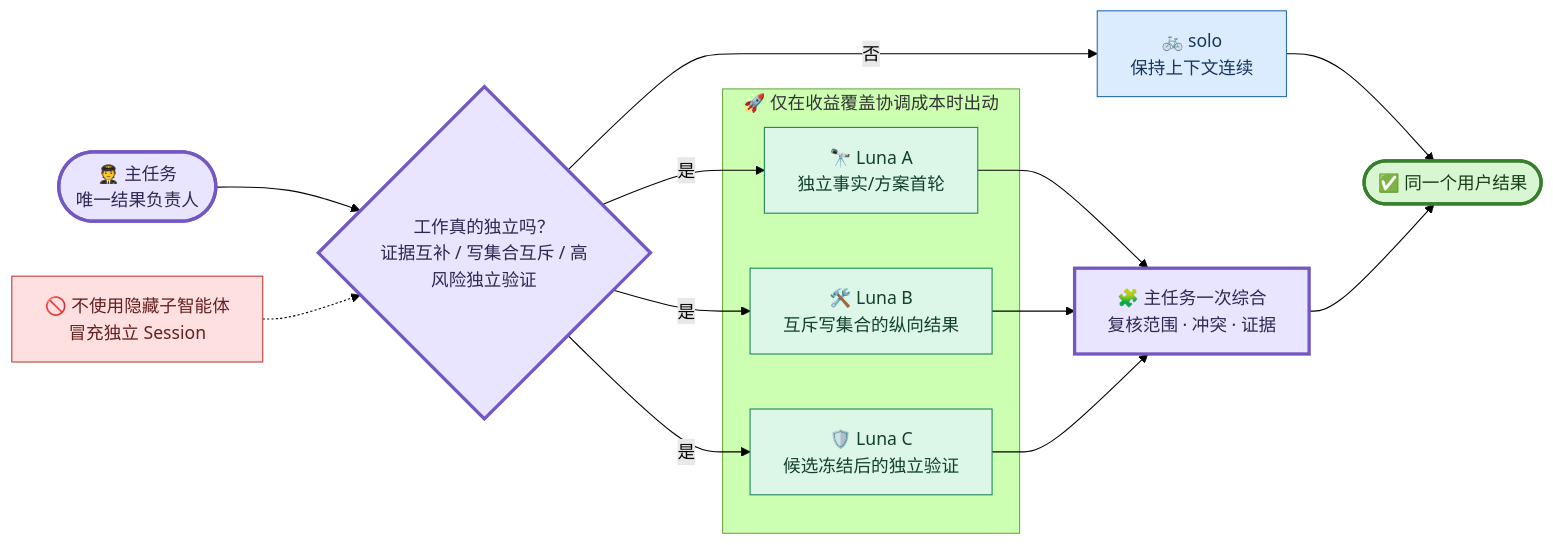
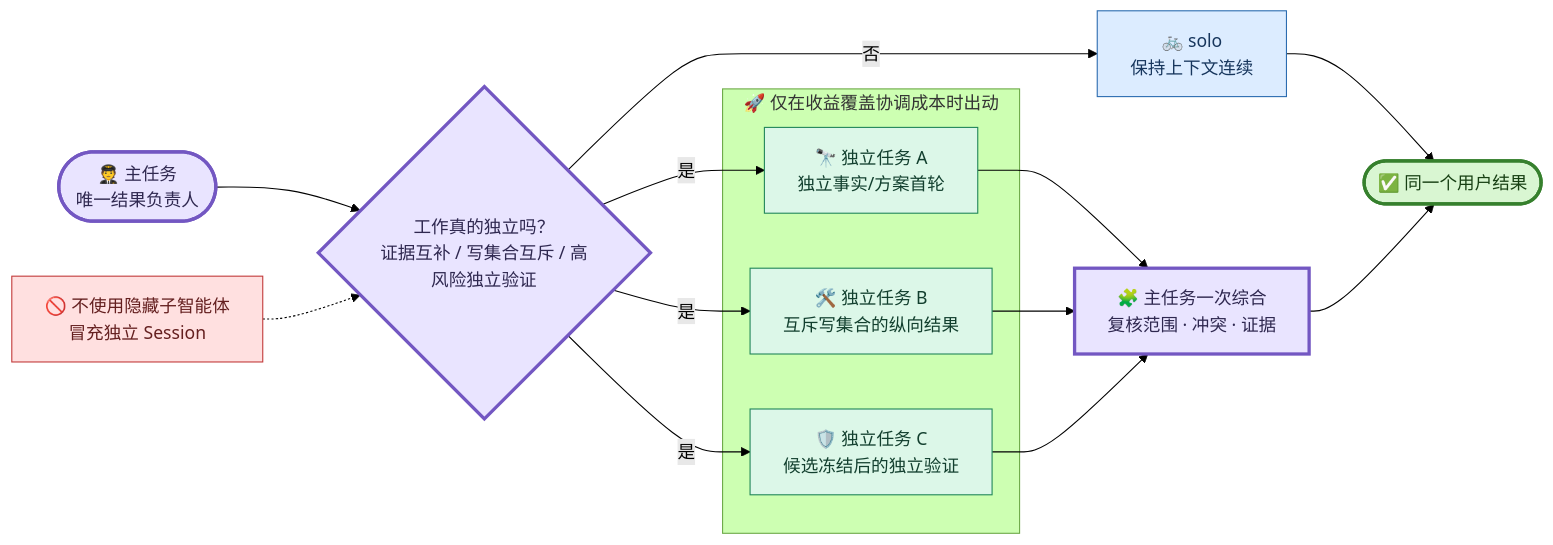
One commit to kldancer/team-os changed the sixth of 8 diagrams in docs/使用手册/01-Codex-Team-OS日常工作流使用手册.md. Above: the diagram before and after it, drawn with Mermaid (forest theme). The commit also changed other lines of this file and 37 other files, not shown here.

````diff
--- a/docs/使用手册/01-Codex-Team-OS日常工作流使用手册.md
+++ b/docs/使用手册/01-Codex-Team-OS日常工作流使用手册.md
@@ -253,38 +253,38 @@
 ```mermaid
 flowchart LR
     CAP(["🧑‍✈️ 主任务<br/>唯一结果负责人"])
     DEC{"工作真的独立吗？<br/>证据互补 / 写集合互斥 / 高风险独立验证"}
     SOLO["🚲 solo<br/>保持上下文连续"]
 
     subgraph FLEET["🚀 仅在收益覆盖协调成本时出动"]
-        L1["🔭 Luna A<br/>独立事实/方案首轮"]
-        L2["🛠️ Luna B<br/>互斥写集合的纵向结果"]
-        L3["🛡️ Luna C<br/>候选冻结后的独立验证"]
+        L1["🔭 独立任务 A<br/>独立事实/方案首轮"]
+        L2["🛠️ 独立任务 B<br/>互斥写集合的纵向结果"]
+        L3["🛡️ 独立任务 C<br/>候选冻结后的独立验证"]
     end
 
     MERGE["🧩 主任务一次综合<br/>复核范围 · 冲突 · 证据"]
     RESULT(["✅ 同一个用户结果"])
     NO["🚫 不使用隐藏子智能体<br/>冒充独立 Session"]
 
     CAP --> DEC
     DEC -->|"否"| SOLO --> RESULT
     DEC -->|"是"| L1
     DEC -->|"是"| L2
     DEC -->|"是"| L3
     L1 --> MERGE
     L2 --> MERGE
     L3 --> MERGE
     MERGE --> RESULT
     NO -.-> DEC
 
     classDef main fill:#e9e4ff,stroke:#7357c2,color:#2f2850,stroke-width:3px;
     classDef solo fill:#dcecff,stroke:#2b6cb0,color:#17365d;
-    classDef luna fill:#dcf7e8,stroke:#21865a,color:#123f2e;
+    classDef model fill:#dcf7e8,stroke:#21865a,color:#123f2e;
     classDef done fill:#d9f6d2,stroke:#36802d,color:#173f13,stroke-width:3px;
     classDef no fill:#ffe0e0,stroke:#c23b3b,color:#641f1f;
     class CAP,DEC,MERGE main;
     class SOLO solo;
-    class L1,L2,L3 luna;
+    class L1,L2,L3 model;
     class RESULT done;
     class NO no;
 ```
````
